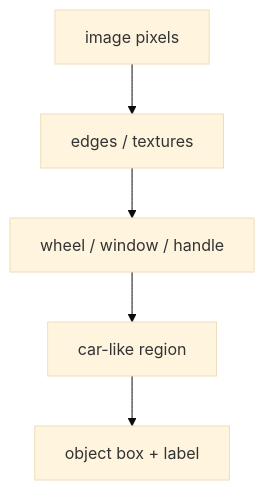
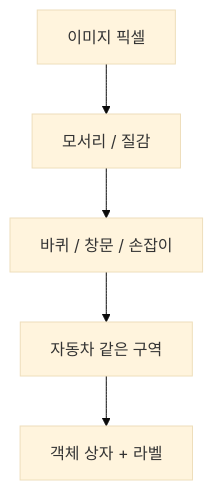
The diagram in docs/assets/part-05/chapter-11/cnn-object-detection-flow-ko.mmd (devchan64/AiBook), drawn with Mermaid (base theme) before and after one commit. The commit also changed 79 other files, not shown here.

Commit message:
Refine part 5 support materials and part 6 tokenization flow

```diff
--- a/docs/assets/part-05/chapter-11/cnn-object-detection-flow-ko.mmd
+++ b/docs/assets/part-05/chapter-11/cnn-object-detection-flow-ko.mmd
@@ -1,11 +1,11 @@
 flowchart TD
-  A["image pixels"]
-  B["edges / textures"]
-  C["wheel / window / handle"]
-  D["car-like region"]
-  E["object box + label"]
+  A["이미지 픽셀"]
+  B["모서리 / 질감"]
+  C["바퀴 / 창문 / 손잡이"]
+  D["자동차 같은 구역"]
+  E["객체 상자 + 라벨"]
 
   A --> B
   B --> C
   C --> D
   D --> E
```
